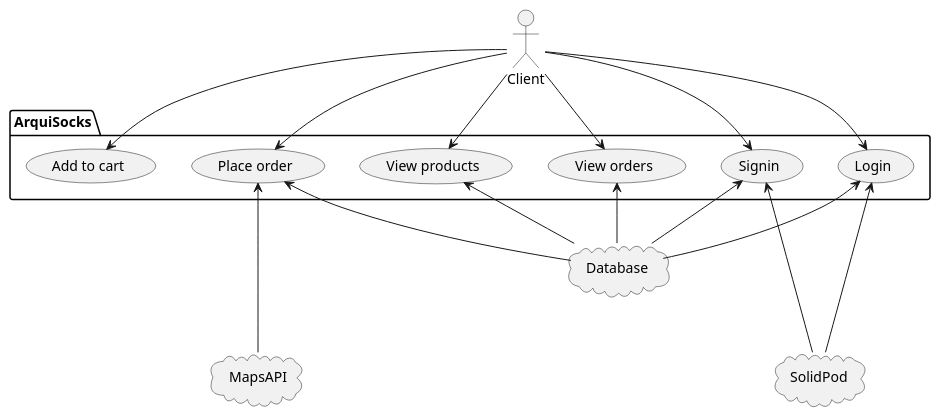
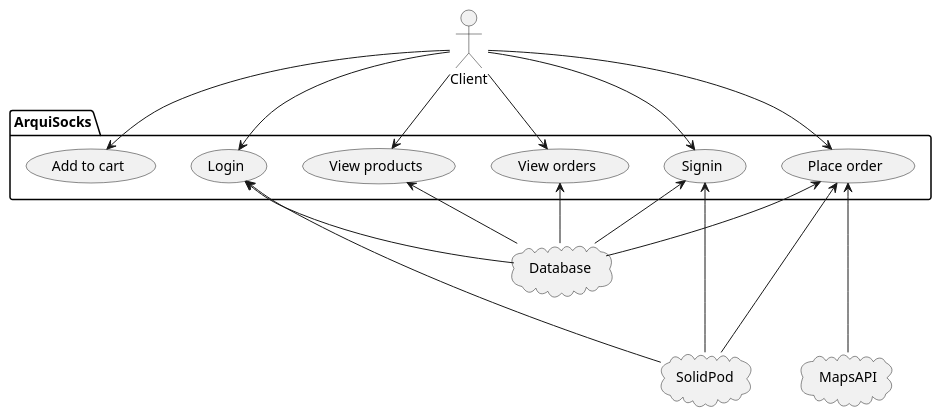
One commit to Arquisoft/dede_es5a changed the diagram in docs/01_introduction_and_goals.adoc. Above: the diagram before and after it, drawn with PlantUML.

Commit message:
Añadida flecah de Solic a PlaceOrder

```diff
--- a/docs/01_introduction_and_goals.adoc
+++ b/docs/01_introduction_and_goals.adoc
@@ -17,37 +17,38 @@
 [plantuml,"Sequence requirements_use_case_digram",png]
 ----
 @startuml
 
 actor Client as client
 
 package ArquiSocks {
   usecase "Add to cart" as addToCart
   usecase "Place order" as placeOrder
   usecase "Login" as login
   usecase "Signin" as signin
   usecase "View orders" as viewOrders
   usecase "View products" as viewProducts
 }
 
 cloud Database
 cloud SolidPod
 cloud MapsAPI
 
 client --> viewProducts
 client --> addToCart
 client --> placeOrder
 client --> login
 client --> signin
 client --> viewOrders
 
 Database -u-> viewProducts
 Database -u-> placeOrder
 Database -u-> viewOrders
 Database -u-> signin
 Database -u-> login
 SolidPod -u--> login
 SolidPod -u--> signin
+SolidPod -u--> placeOrder
 MapsAPI -u--> placeOrder
 
 @enduml
 ----
```
